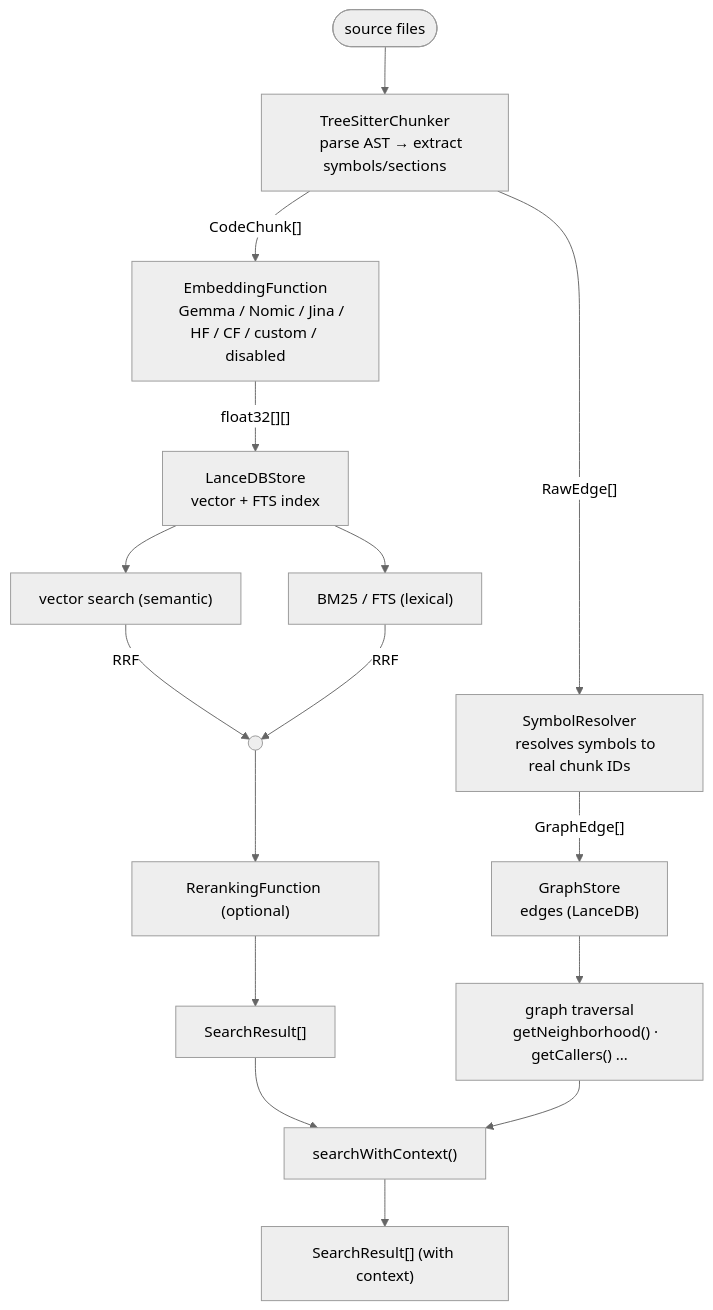
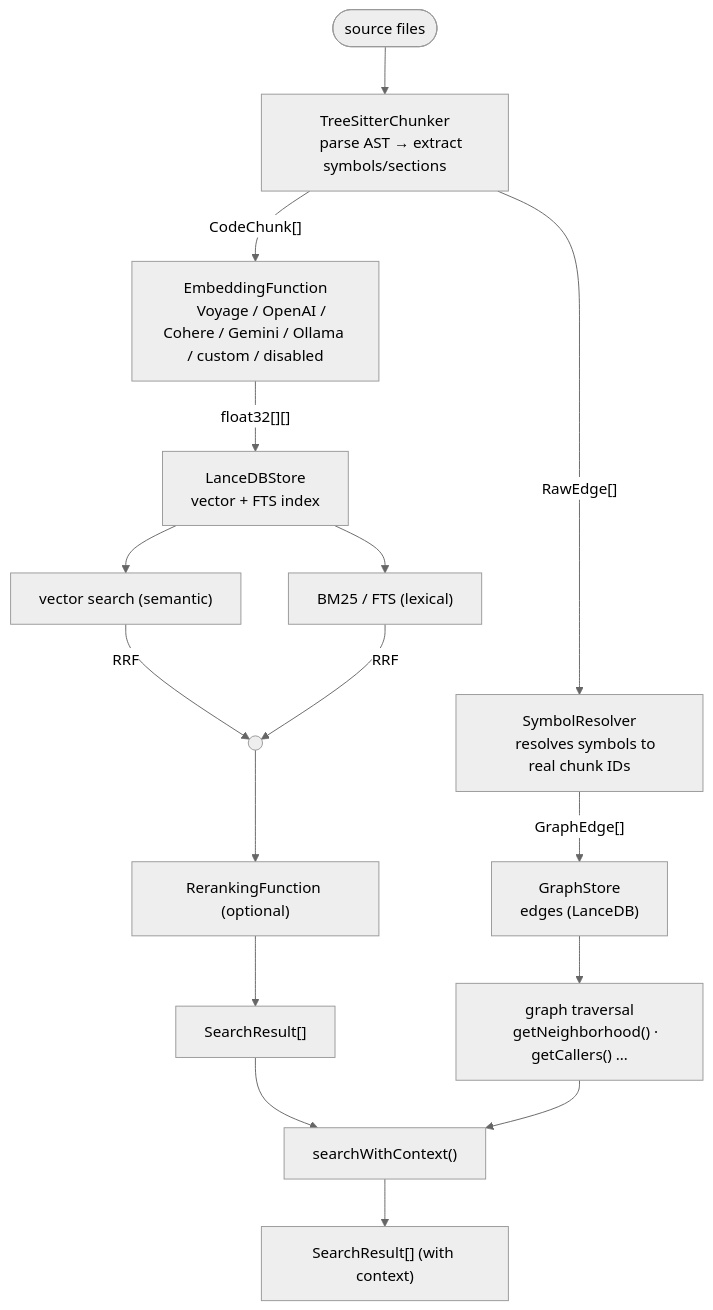
One commit to upstart-gg/lucerna changed the first of 3 diagrams in docs/src/content/docs/concepts/how-it-works.mdx. Above: the diagram before and after it, drawn with Mermaid (neutral theme). The commit also changed other lines of this file and 66 other files, not shown here.

````diff
--- a/docs/src/content/docs/concepts/how-it-works.mdx
+++ b/docs/src/content/docs/concepts/how-it-works.mdx
@@ -8,38 +8,38 @@
 ```mermaid
 flowchart TD
     FILES([source files]) --> TSC
 
     TSC["TreeSitterChunker
     parse AST → extract symbols/sections"]
 
     TSC -->|"CodeChunk[]"| EMB
     TSC -->|"RawEdge[]"| SR
 
     EMB["EmbeddingFunction
-    Gemma / Nomic / Jina / HF / CF / custom / disabled"]
+    Voyage / OpenAI / Cohere / Gemini / Ollama / custom / disabled"]
     SR["SymbolResolver
     resolves symbols to real chunk IDs"]
 
     EMB -->|"float32[][]"| LDB
     SR -->|"GraphEdge[]"| GS
 
     LDB["LanceDBStore
     vector + FTS index"]
     GS["GraphStore
     edges (LanceDB)"]
 
     LDB --> VS["vector search (semantic)"]
     LDB --> BM25["BM25 / FTS (lexical)"]
     GS --> GT["graph traversal
     getNeighborhood() · getCallers() …"]
 
     VS -->|RRF| RRF((" "))
     BM25 -->|RRF| RRF
 
     RRF --> RE["RerankingFunction (optional)"]
     RE --> SR2["SearchResult[]"]
 
     SR2 --> SWC["searchWithContext()"]
     GT --> SWC
     SWC --> SR3["SearchResult[] (with context)"]
 ```
````
